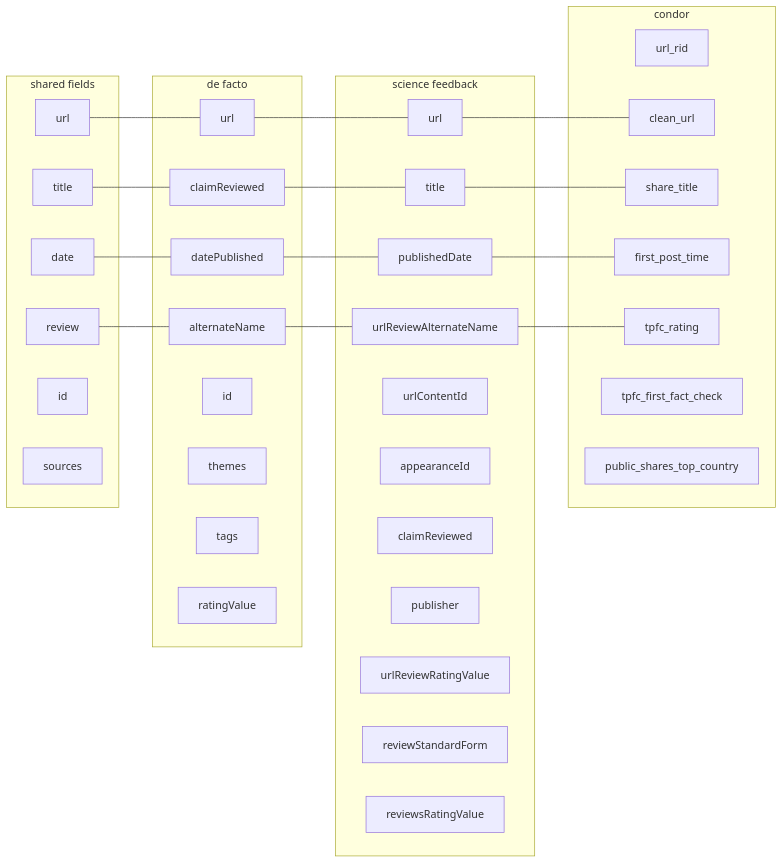
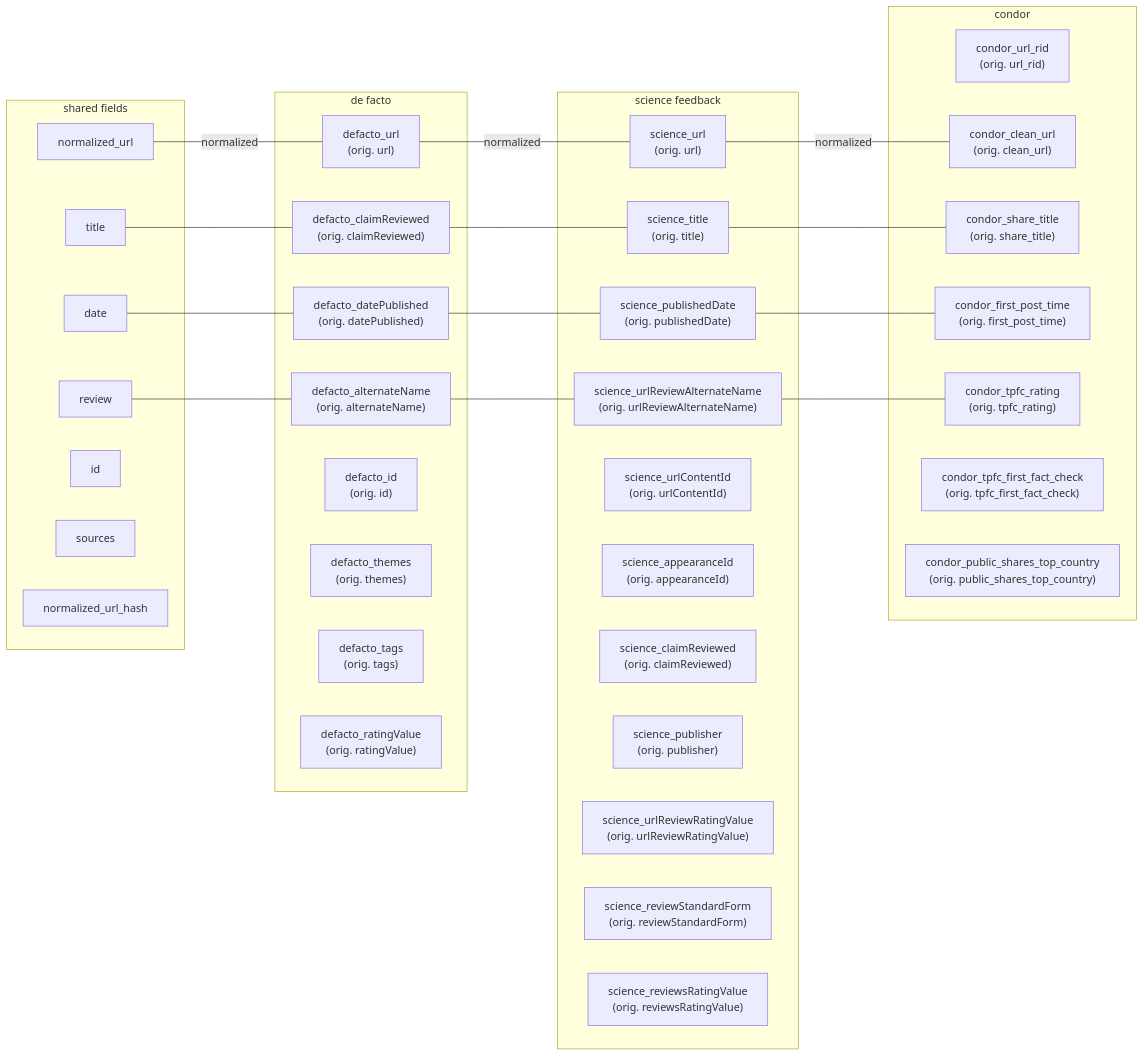
Before and after one commit to medialab/spsm-database: the diagram in README.md, drawn with Mermaid. The commit also changed other lines of this file, not shown here.

````diff
--- a/README.md
+++ b/README.md
@@ -15,52 +22,53 @@
  ```mermaid
 flowchart LR
 
 subgraph condor
-    url_rid
-    clean_url
-    share_title
-    first_post_time
-    tpfc_rating
-    tpfc_first_fact_check
-    public_shares_top_country
+    url_rid["condor_url_rid\n(orig. url_rid)"]
+    clean_url["condor_clean_url\n(orig. clean_url)"]
+    share_title["condor_share_title\n(orig. share_title)"]
+    first_post_time["condor_first_post_time\n(orig. first_post_time)"]
+    tpfc_rating["condor_tpfc_rating\n(orig. tpfc_rating)"]
+    tpfc_first_fact_check["condor_tpfc_first_fact_check\n(orig. tpfc_first_fact_check)"]
+    public_shares_top_country["condor_public_shares_top_country\n(orig. public_shares_top_country)"]
 end
 
-mainurl[url]---dfurl---sfurl---clean_url
+normalized_url---|normalized|dfurl---|normalized|sfurl---|normalized|clean_url
 maindate[date]---datePublished---publishedDate---first_post_time
 maintitle[title]---dfclaimReviewed---title---share_title
 mainreview[review]---alternateName---urlReviewAlternateName---tpfc_rating
 
 subgraph shared fields
     mainid[id]
     sources
+    normalized_url
+    normalized_url_hash
     maintitle
-    mainurl
     maindate
     mainreview
 end
 
 subgraph science feedback
-    urlContentId
-    appearanceId
-    sfurl[url]
-    sfclaimReviewed[claimReviewed]
-    publishedDate
-    publisher
-    title
-    urlReviewAlternateName
-    urlReviewRatingValue
-    reviewStandardForm
-    reviewsRatingValue
+    urlContentId["science_urlContentId\n(orig. urlContentId)"]
+    appearanceId["science_appearanceId\n(orig. appearanceId)"]
+    sfurl["science_url\n(orig. url)"]
+    sfclaimReviewed["science_claimReviewed\n(orig. claimReviewed)"]
+    publishedDate["science_publishedDate\n(orig. publishedDate)"]
+    publisher["science_publisher\n(orig. publisher)"]
+    title["science_title\n(orig. title)"]
+    urlReviewAlternateName["science_urlReviewAlternateName\n(orig. urlReviewAlternateName)"]
+    urlReviewRatingValue["science_urlReviewRatingValue\n(orig. urlReviewRatingValue)"]
+    reviewStandardForm["science_reviewStandardForm\n(orig. reviewStandardForm)"]
+    reviewsRatingValue["science_reviewsRatingValue\n(orig. reviewsRatingValue)"]
 end
 
 subgraph de facto
-    id
-    dfurl[url]
-    dfclaimReviewed[claimReviewed]
-    datePublished
-    alternateName
-    themes
-    tags
-    ratingValue
+    id["defacto_id\n(orig. id)"]
+    dfurl["defacto_url\n(orig. url)"]
+    dfclaimReviewed["defacto_claimReviewed\n(orig. claimReviewed)"]
+    datePublished["defacto_datePublished\n(orig. datePublished)"]
+    alternateName["defacto_alternateName\n(orig. alternateName)"]
+    themes["defacto_themes\n(orig. themes)"]
+    tags["defacto_tags\n(orig. tags)"]
+    ratingValue["defacto_ratingValue\n(orig. ratingValue)"]
 end
  ```
````
